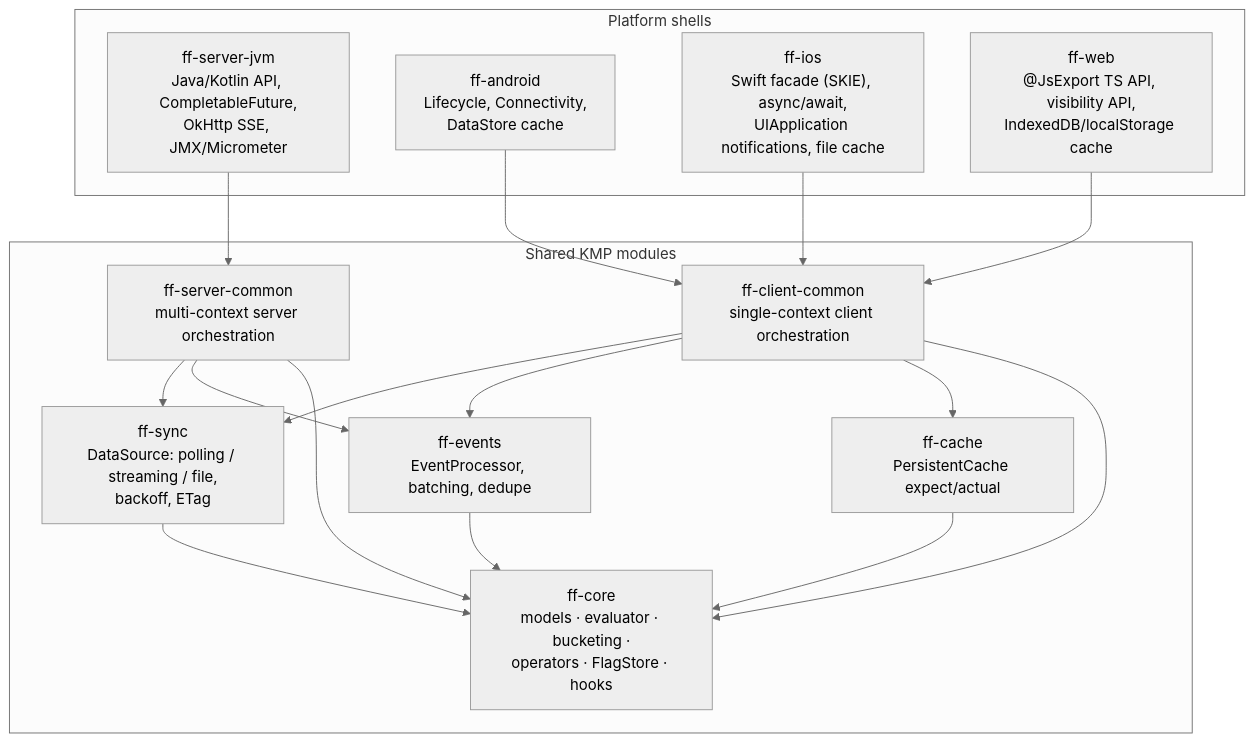
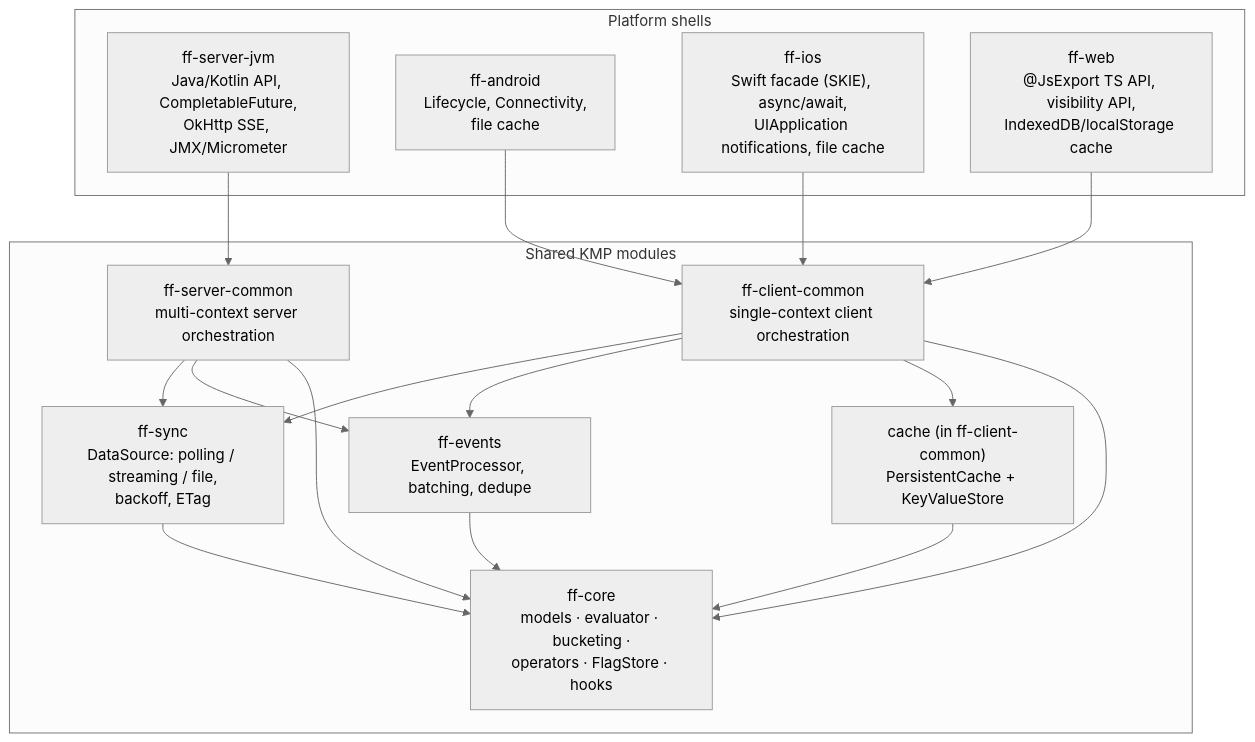
Before and after one commit to keshavop/feature-flag-SDK: the second of 4 diagrams in docs/hld.md, drawn with Mermaid (neutral theme). The commit also changed other lines of this file and 36 other files, not shown here.

First line of the commit message:
feat: Phase 3 — Android SDK and shared client core with offline cache (#6)

````diff
--- a/docs/hld.md
+++ b/docs/hld.md
@@ -124,26 +124,26 @@
 ```mermaid
 flowchart TB
     subgraph Platform shells
         JVM["ff-server-jvm<br/>Java/Kotlin API, CompletableFuture,<br/>OkHttp SSE, JMX/Micrometer"]
-        ANDR["ff-android<br/>Lifecycle, Connectivity,<br/>DataStore cache"]
+        ANDR["ff-android<br/>Lifecycle, Connectivity,<br/>file cache"]
         IOSS["ff-ios<br/>Swift facade (SKIE), async/await,<br/>UIApplication notifications, file cache"]
         WEBS["ff-web<br/>@JsExport TS API, visibility API,<br/>IndexedDB/localStorage cache"]
     end
 
     subgraph Shared KMP modules
         CLIENT["ff-client-common<br/>single-context client orchestration"]
         SERVER["ff-server-common<br/>multi-context server orchestration"]
         SYNC["ff-sync<br/>DataSource: polling / streaming / file,<br/>backoff, ETag"]
         EVENTS["ff-events<br/>EventProcessor, batching, dedupe"]
-        CACHE["ff-cache<br/>PersistentCache expect/actual"]
+        CACHE["cache (in ff-client-common)<br/>PersistentCache + KeyValueStore"]
         CORE["ff-core<br/>models · evaluator · bucketing ·<br/>operators · FlagStore · hooks"]
     end
 
     JVM --> SERVER
     ANDR & IOSS & WEBS --> CLIENT
     CLIENT --> SYNC & EVENTS & CACHE & CORE
     SERVER --> SYNC & EVENTS & CORE
     SYNC --> CORE
     EVENTS --> CORE
     CACHE --> CORE
 ```
````
